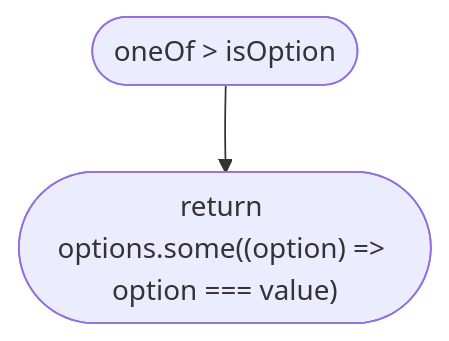
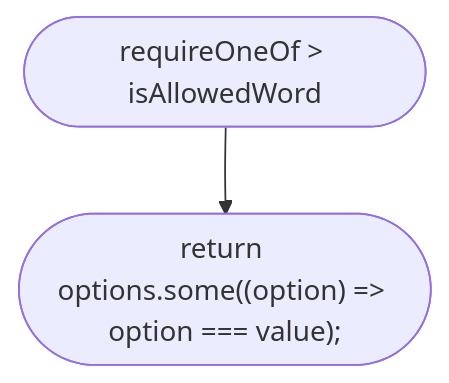
Diagram 16 of 38 in docs/flows/src/place/parse.md (NewDara-Star/world-engine), drawn with Mermaid before and after one commit. The commit also changed other lines of this file and 18 other files, not shown here.

````diff
--- a/docs/flows/src/place/parse.md
+++ b/docs/flows/src/place/parse.md
@@ -153,6 +239,6 @@
 ```mermaid
 flowchart TD
-  n1(["oneOf #gt; isOption"])
-  n2(["return options.some((option) =#gt; option === value)"])
+  n1(["requireOneOf #gt; isAllowedWord"])
+  n2(["return options.some((option) =#gt; option === value);"])
   n1 --> n2
 ```
````
